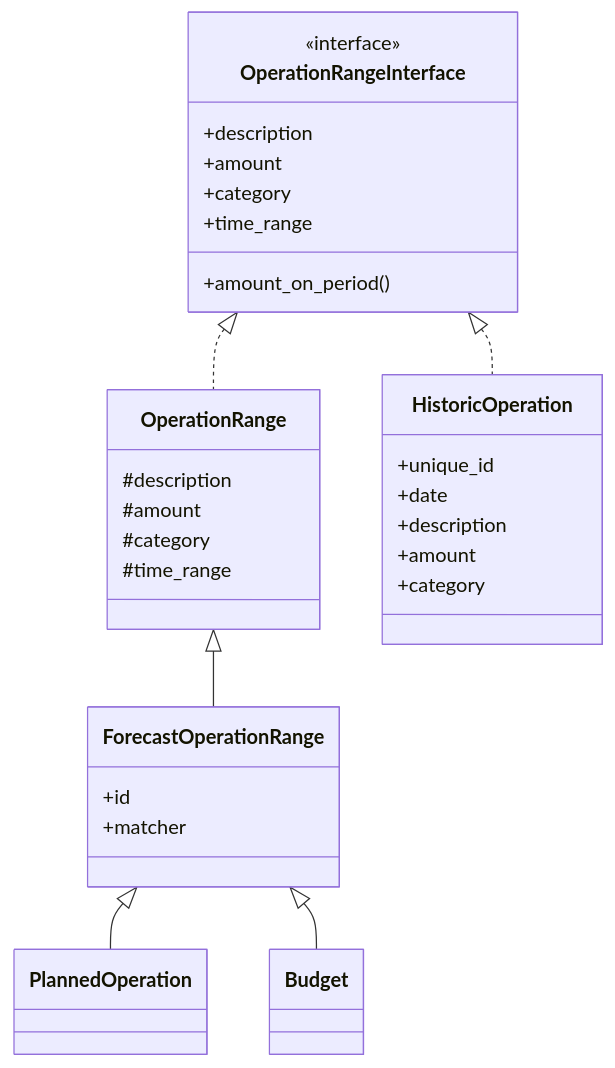
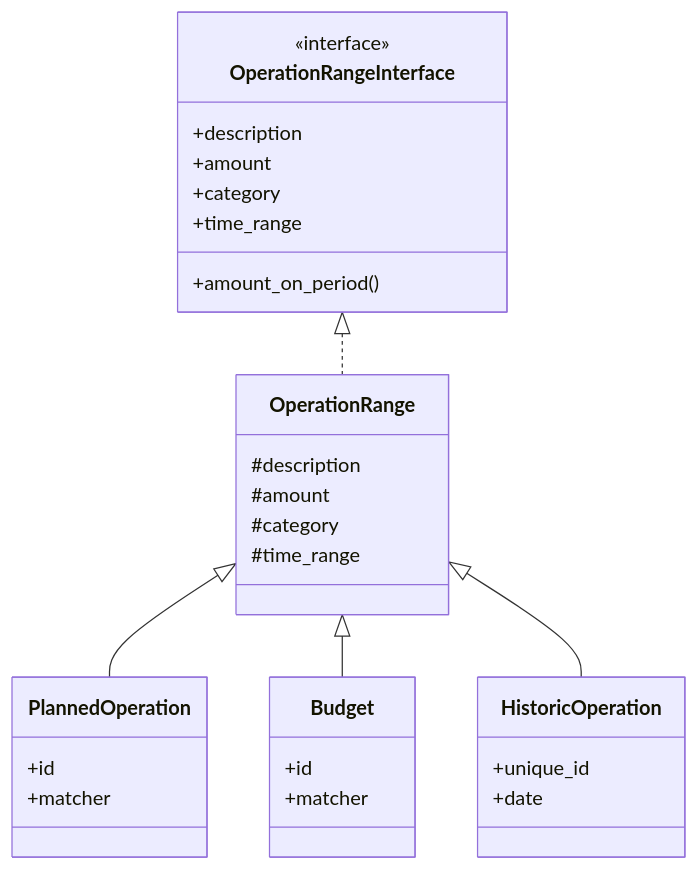
One commit to corentin-core/budget-forecaster changed the first of 6 diagrams in docs/dev/operations.md. Above: the diagram before and after it, drawn with Mermaid. The commit also changed 3 other files, not shown here.

First line of the commit message:
refactor: remove ForecastOperationRange intermediate class (#172)

````diff
--- a/docs/dev/operations.md
+++ b/docs/dev/operations.md
@@ -10,40 +10,38 @@
 ```mermaid
 classDiagram
     class OperationRangeInterface {
         <<interface>>
         +description
         +amount
         +category
         +time_range
         +amount_on_period()
     }
 
     class OperationRange {
         #description
         #amount
         #category
         #time_range
     }
 
-    class ForecastOperationRange {
+    class PlannedOperation {
         +id
         +matcher
     }
 
-    class PlannedOperation
-    class Budget
+    class Budget {
+        +id
+        +matcher
+    }
 
     class HistoricOperation {
         +unique_id
         +date
-        +description
-        +amount
-        +category
     }
 
     OperationRangeInterface <|.. OperationRange
-    OperationRange <|-- ForecastOperationRange
-    ForecastOperationRange <|-- PlannedOperation
-    ForecastOperationRange <|-- Budget
-    OperationRangeInterface <|.. HistoricOperation
+    OperationRange <|-- PlannedOperation
+    OperationRange <|-- Budget
+    OperationRange <|-- HistoricOperation
 ```
````
